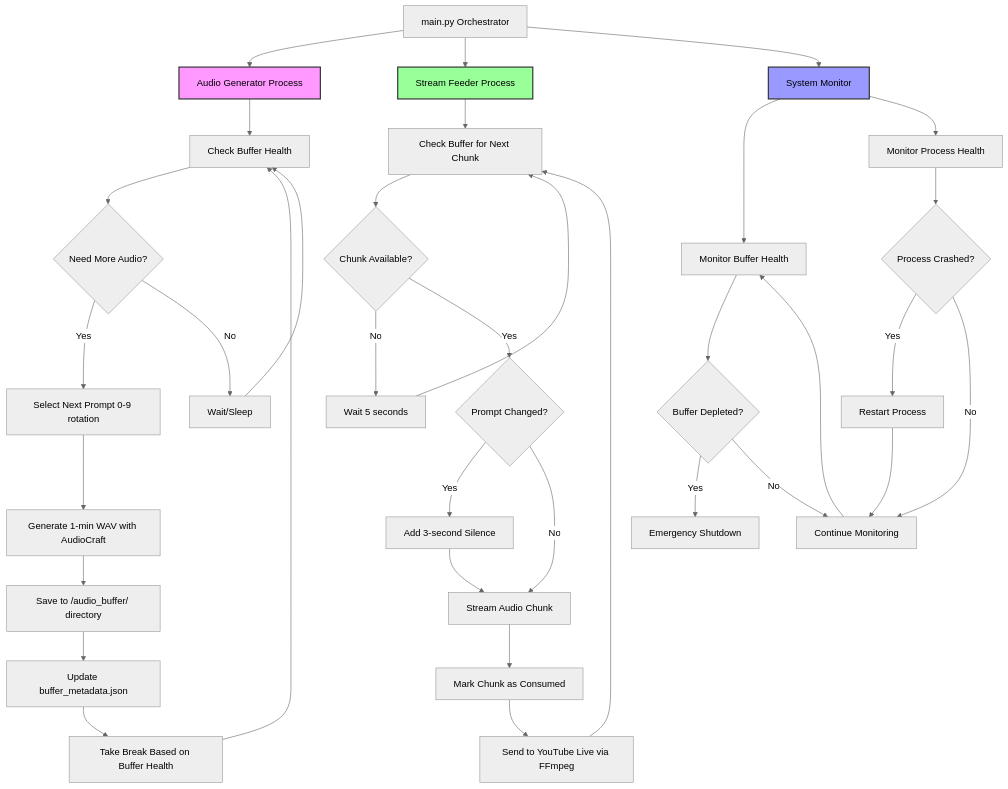
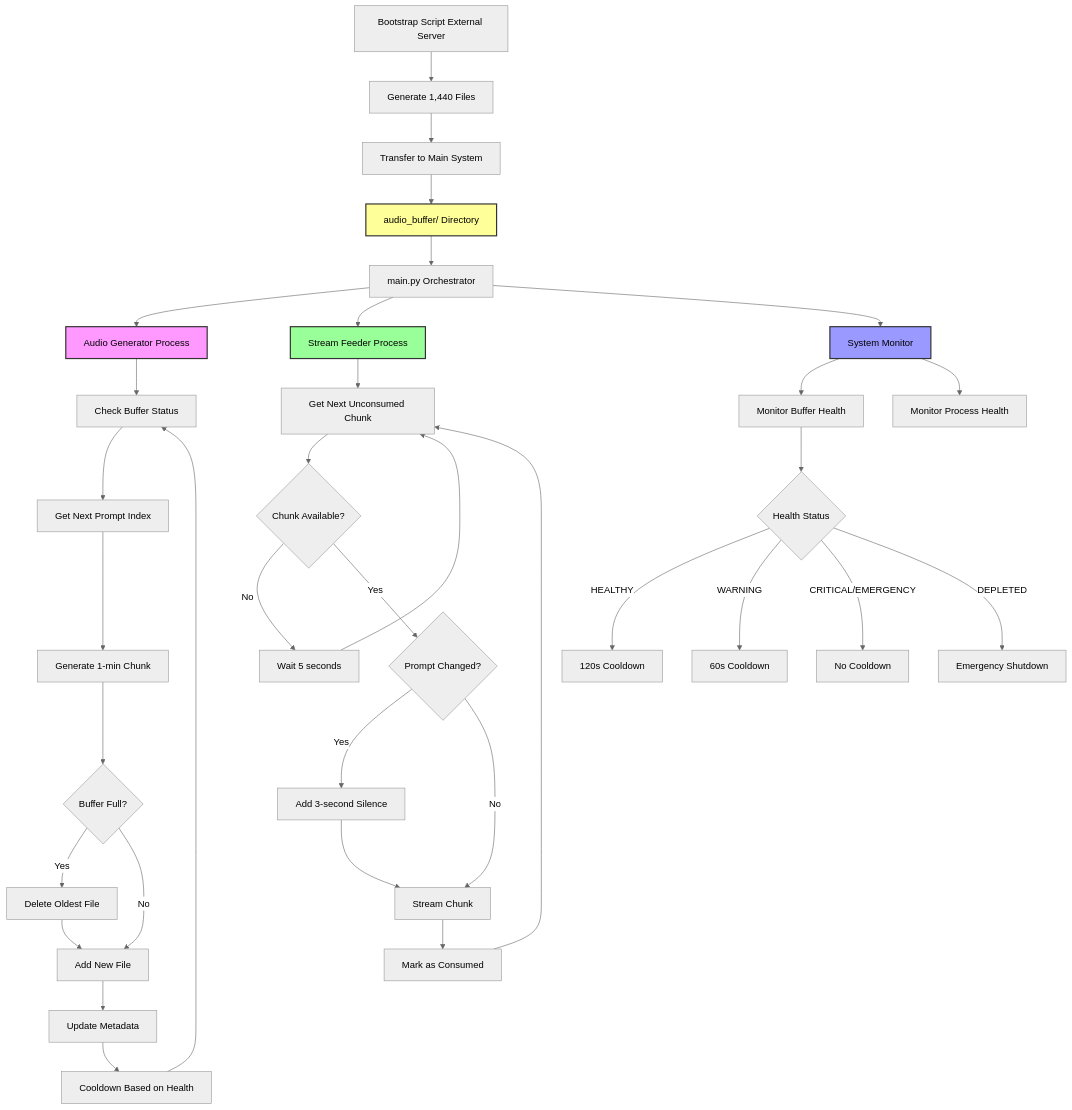
Before and after one commit to jays611/youtube-stream: the diagram in README.md, drawn with Mermaid (neutral theme). The commit also changed other lines of this file and 491 other files, not shown here.

````diff
--- a/README.md
+++ b/README.md
@@ -22,44 +21,46 @@
 ```mermaid
 flowchart TD
-    A[main.py Orchestrator] --> B[Audio Generator Process]
-    A --> C[Stream Feeder Process]
-    A --> D[System Monitor]
+    A[Bootstrap Script External Server] --> B[Generate 1,440 Files]
+    B --> C[Transfer to Main System]
+    C --> D[audio_buffer/ Directory]
     
-    B --> E[Check Buffer Health]
-    E --> F{Need More Audio?}
-    F -->|Yes| G[Select Next Prompt 0-9 rotation]
-    G --> H[Generate 1-min WAV with AudioCraft]
-    H --> I[Save to /audio_buffer/ directory]
-    I --> J[Update buffer_metadata.json]
-    J --> K[Take Break Based on Buffer Health]
-    K --> E
-    F -->|No| L[Wait/Sleep]
-    L --> E
+    D --> E[main.py Orchestrator]
+    E --> F[Audio Generator Process]
+    E --> G[Stream Feeder Process]
+    E --> H[System Monitor]
     
-    C --> M[Check Buffer for Next Chunk]
-    M --> N{Chunk Available?}
-    N -->|No| O[Wait 5 seconds]
-    O --> M
-    N -->|Yes| P{Prompt Changed?}
-    P -->|Yes| Q[Add 3-second Silence]
-    P -->|No| R[Stream Audio Chunk]
-    Q --> R
-    R --> S[Mark Chunk as Consumed]
-    S --> T[Send to YouTube Live via FFmpeg]
-    T --> M
+    F --> I[Check Buffer Status]
+    I --> J[Get Next Prompt Index]
+    J --> K[Generate 1-min Chunk]
+    K --> L{Buffer Full?}
+    L -->|Yes| M[Delete Oldest File]
+    L -->|No| N[Add New File]
+    M --> N
+    N --> O[Update Metadata]
+    O --> P[Cooldown Based on Health]
+    P --> I
     
-    D --> U[Monitor Buffer Health]
-    D --> V[Monitor Process Health]
-    U --> W{Buffer Depleted?}
-    W -->|Yes| X[Emergency Shutdown]
-    W -->|No| Y[Continue Monitoring]
-    V --> Z{Process Crashed?}
-    Z -->|Yes| AA[Restart Process]
-    Z -->|No| Y
-    AA --> Y
-    Y --> U
+    G --> Q[Get Next Unconsumed Chunk]
+    Q --> R{Chunk Available?}
+    R -->|No| S[Wait 5 seconds]
+    S --> Q
+    R -->|Yes| T{Prompt Changed?}
+    T -->|Yes| U[Add 3-second Silence]
+    T -->|No| V[Stream Chunk]
+    U --> V
+    V --> W[Mark as Consumed]
+    W --> Q
     
-    style B fill:#f9f,stroke:#333,stroke-width:2px
-    style C fill:#9f9,stroke:#333,stroke-width:2px
-    style D fill:#99f,stroke:#333,stroke-width:2px
+    H --> X[Monitor Buffer Health]
+    H --> Y[Monitor Process Health]
+    X --> Z{Health Status}
+    Z -->|HEALTHY| AA[120s Cooldown]
+    Z -->|WARNING| BB[60s Cooldown]
+    Z -->|CRITICAL/EMERGENCY| CC[No Cooldown]
+    Z -->|DEPLETED| DD[Emergency Shutdown]
+    
+    style F fill:#f9f,stroke:#333,stroke-width:2px
+    style G fill:#9f9,stroke:#333,stroke-width:2px
+    style H fill:#99f,stroke:#333,stroke-width:2px
+    style D fill:#ff9,stroke:#333,stroke-width:2px
 ```
````
